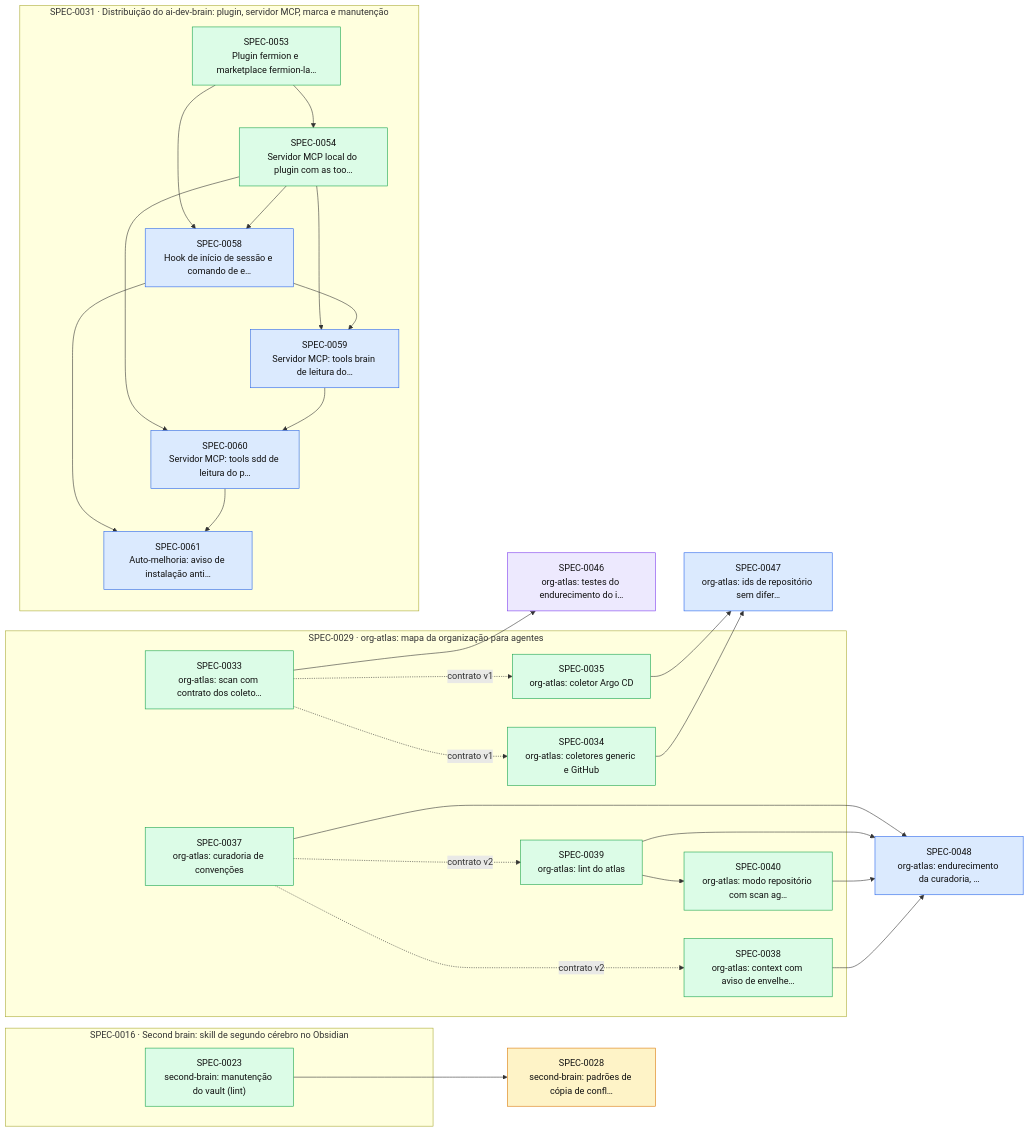
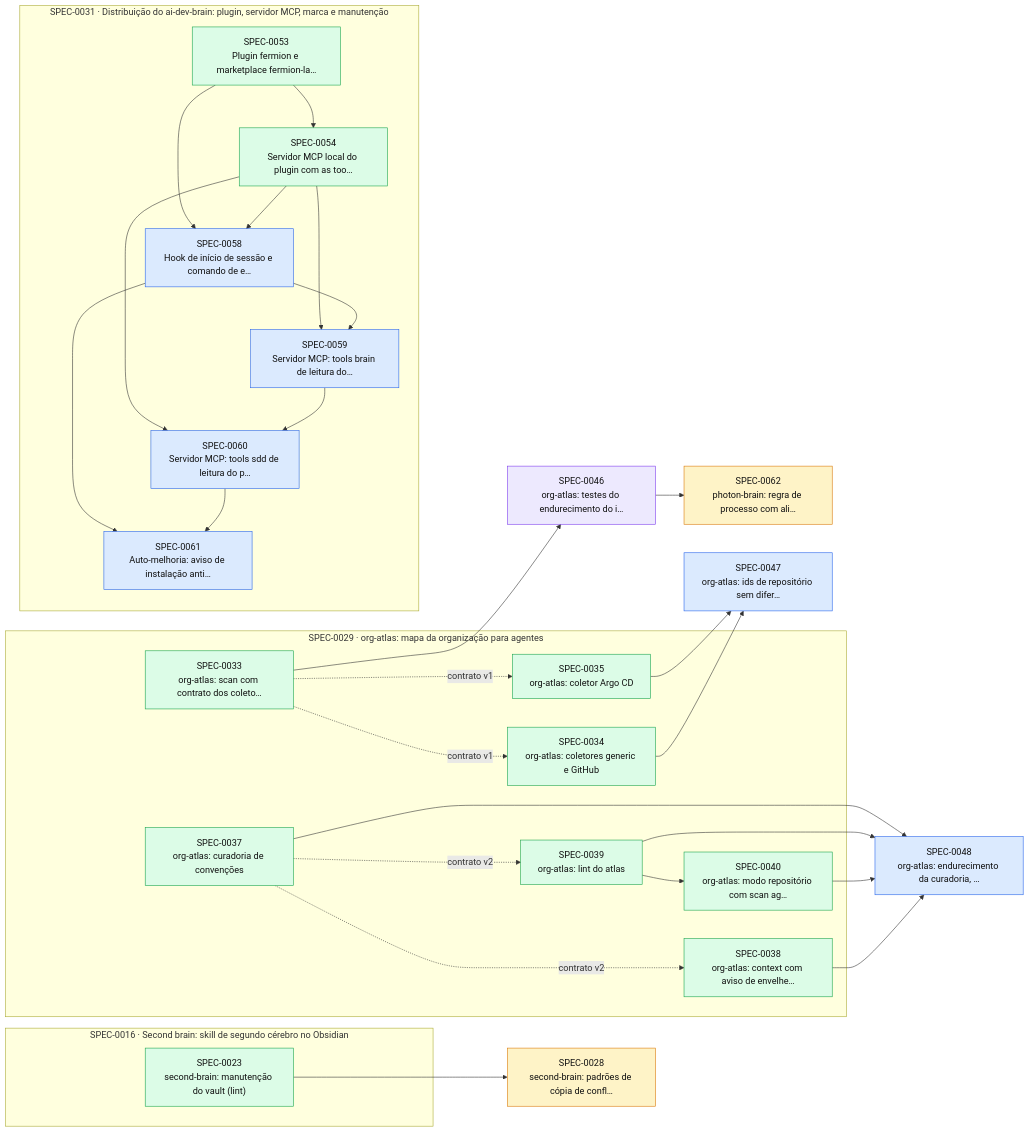
The diagram in docs/specs/INDEX.md (thomasravache/ai-dev-brain), drawn with Mermaid before and after one commit. The commit also changed other lines of this file and 1 other file, not shown here.

First line of the commit message:
docs(specs): G0 da SPEC-0062

````diff
--- a/docs/specs/INDEX.md
+++ b/docs/specs/INDEX.md
@@ -55,54 +56,56 @@
 ```mermaid
 flowchart LR
   S0028["SPEC-0028<br/>second-brain: padrões de cópia de confl…"]:::proposed
   S0046["SPEC-0046<br/>org-atlas: testes do endurecimento do i…"]:::inprogress
   S0047["SPEC-0047<br/>org-atlas: ids de repositório sem difer…"]:::approved
   S0048["SPEC-0048<br/>org-atlas: endurecimento da curadoria, …"]:::approved
+  S0062["SPEC-0062<br/>photon-brain: regra de processo com ali…"]:::proposed
   subgraph E0016["SPEC-0016 · Second brain: skill de segundo cérebro no Obsidian"]
     S0023["SPEC-0023<br/>second-brain: manutenção do vault (lint)"]:::implemented
   end
   subgraph E0029["SPEC-0029 · org-atlas: mapa da organização para agentes"]
     S0033["SPEC-0033<br/>org-atlas: scan com contrato dos coleto…"]:::implemented
     S0034["SPEC-0034<br/>org-atlas: coletores generic e GitHub"]:::implemented
     S0035["SPEC-0035<br/>org-atlas: coletor Argo CD"]:::implemented
     S0037["SPEC-0037<br/>org-atlas: curadoria de convenções"]:::implemented
     S0038["SPEC-0038<br/>org-atlas: context com aviso de envelhe…"]:::implemented
     S0039["SPEC-0039<br/>org-atlas: lint do atlas"]:::implemented
     S0040["SPEC-0040<br/>org-atlas: modo repositório com scan ag…"]:::implemented
   end
   subgraph E0031["SPEC-0031 · Distribuição do ai-dev-brain: plugin, servidor MCP, marca e manutenção"]
     S0053["SPEC-0053<br/>Plugin fermion e marketplace fermion-la…"]:::implemented
     S0054["SPEC-0054<br/>Servidor MCP local do plugin com as too…"]:::implemented
     S0058["SPEC-0058<br/>Hook de início de sessão e comando de e…"]:::approved
     S0059["SPEC-0059<br/>Servidor MCP: tools brain de leitura do…"]:::approved
     S0060["SPEC-0060<br/>Servidor MCP: tools sdd de leitura do p…"]:::approved
     S0061["SPEC-0061<br/>Auto-melhoria: aviso de instalação anti…"]:::approved
   end
   S0023 --> S0028
   S0033 -. contrato v1 .-> S0034
   S0033 -. contrato v1 .-> S0035
   S0037 -. contrato v2 .-> S0038
   S0037 -. contrato v2 .-> S0039
   S0039 --> S0040
   S0033 --> S0046
   S0034 --> S0047
   S0035 --> S0047
   S0037 --> S0048
   S0038 --> S0048
   S0039 --> S0048
   S0040 --> S0048
   S0053 --> S0054
   S0053 --> S0058
   S0054 --> S0058
   S0054 --> S0059
   S0058 --> S0059
   S0054 --> S0060
   S0059 --> S0060
   S0058 --> S0061
   S0060 --> S0061
+  S0046 --> S0062
   classDef proposed fill:#fef3c7,stroke:#d97706,color:#111
   classDef approved fill:#dbeafe,stroke:#2563eb,color:#111
   classDef inprogress fill:#ede9fe,stroke:#7c3aed,color:#111
   classDef implemented fill:#dcfce7,stroke:#16a34a,color:#111
   classDef deprecated fill:#f3f4f6,stroke:#9ca3af,color:#6b7280
 ```
````
